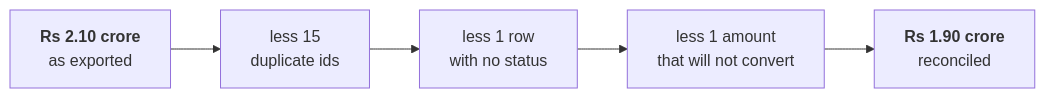
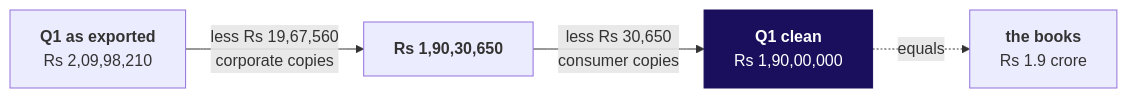
The second of 2 diagrams in content/W01/D3/study-notes/C2_W01_D03_notes_STUDENT.md (fde-academy-lab/c2-content-factory), drawn with Mermaid before and after one commit. The commit also changed other lines of this file and 8 other files, not shown here.

````diff
--- a/content/W01/D3/study-notes/C2_W01_D03_notes_STUDENT.md
+++ b/content/W01/D3/study-notes/C2_W01_D03_notes_STUDENT.md
@@ -135,7 +66,8 @@
 ```mermaid
 flowchart LR
-    A["<b>Rs 2.10 crore</b><br/>as exported"] --> B["less 15<br/>duplicate ids"]
-    B --> C["less 1 row<br/>with no status"]
-    C --> D["less 1 amount<br/>that will not convert"]
-    D --> E["<b>Rs 1.90 crore</b><br/>reconciled"]
+    E["<b>Q1 as exported</b><br/>Rs 2,09,98,210"] -->|"less Rs 19,67,560<br/>corporate copies"| A["<b>Rs 1,90,30,650</b>"]
+    A -->|"less Rs 30,650<br/>consumer copies"| B["<b>Q1 clean</b><br/>Rs 1,90,00,000"]
+    B -.->|"equals"| K["<b>the books</b><br/>Rs 1.9 crore"]
+    classDef bet fill:#1A0F5C,stroke:#1A0F5C,color:#FFFFFF
+    class B bet
 ```
````
